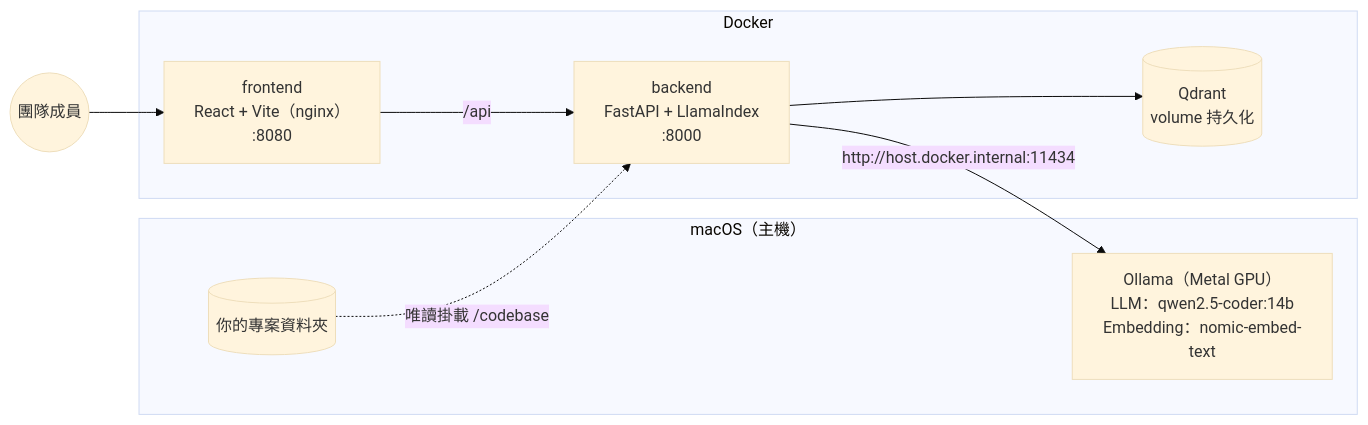
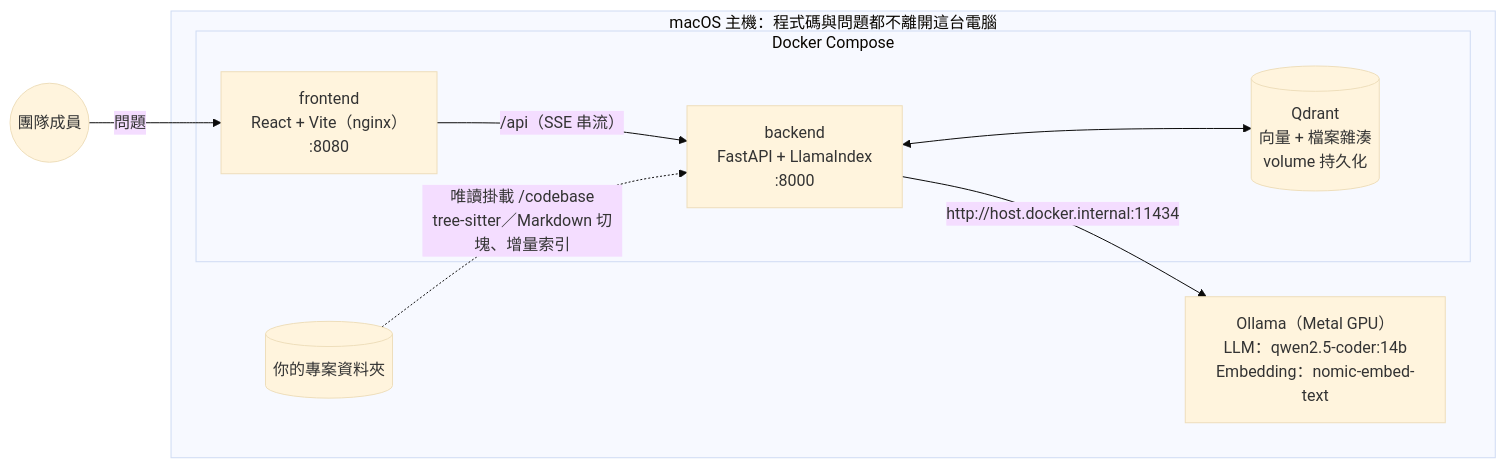
Before and after one commit to alelcold/local-codebase-rag: the first of 2 diagrams in README.md, drawn with Mermaid (base theme). The commit also changed other lines of this file and 10 other files, not shown here.

````diff
--- a/README.md
+++ b/README.md
@@ -10,17 +40,17 @@
 ```mermaid
 flowchart LR
-  subgraph mac["macOS（主機）"]
+  user(("團隊成員")) -- "問題" --> fe
+  subgraph mac["macOS 主機：程式碼與問題都不離開這台電腦"]
     ollama["Ollama（Metal GPU）<br/>LLM：qwen2.5-coder:14b<br/>Embedding：nomic-embed-text"]
     project[("你的專案資料夾")]
+    subgraph docker["Docker Compose"]
+      fe["frontend<br/>React + Vite（nginx）<br/>:8080"]
+      be["backend<br/>FastAPI + LlamaIndex<br/>:8000"]
+      qd[("Qdrant<br/>向量 + 檔案雜湊<br/>volume 持久化")]
+    end
   end
-  subgraph docker["Docker"]
-    fe["frontend<br/>React + Vite（nginx）<br/>:8080"]
-    be["backend<br/>FastAPI + LlamaIndex<br/>:8000"]
-    qd[("Qdrant<br/>volume 持久化")]
-  end
-  user(("團隊成員")) --> fe
-  fe -- "/api" --> be
-  be --> qd
+  fe -- "/api（SSE 串流）" --> be
+  be <--> qd
   be -- "http://host.docker.internal:11434" --> ollama
-  project -. "唯讀掛載 /codebase" .-> be
+  project -. "唯讀掛載 /codebase<br/>tree-sitter／Markdown 切塊、增量索引" .-> be
 ```
````
